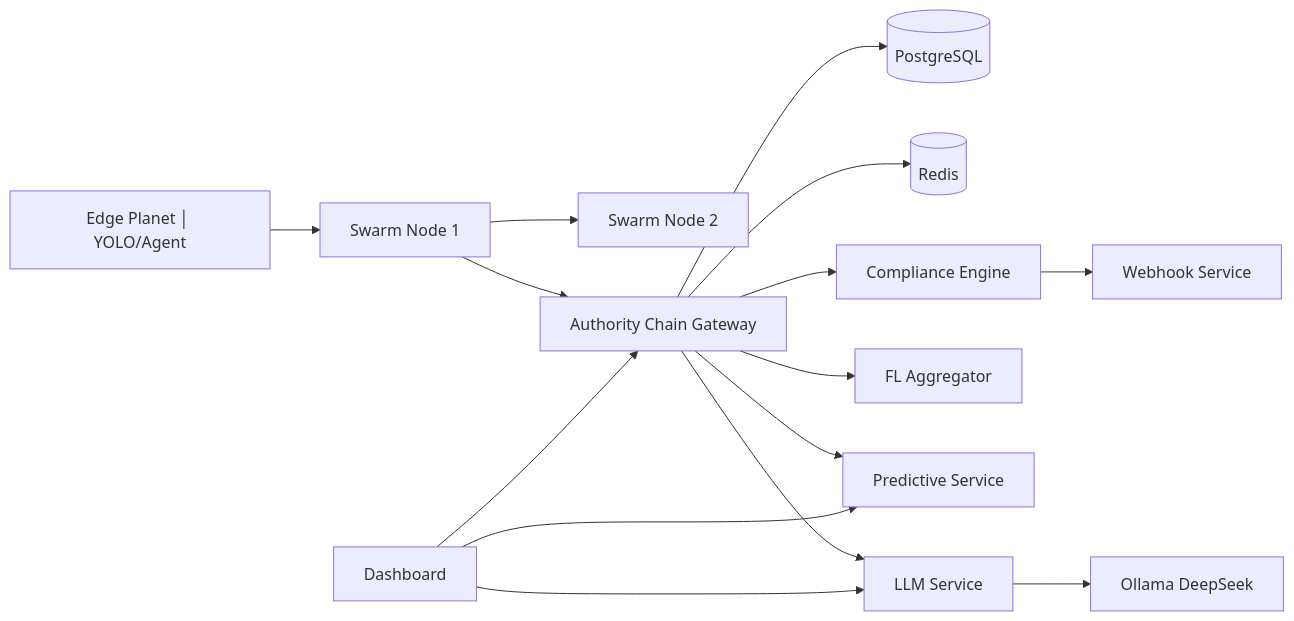
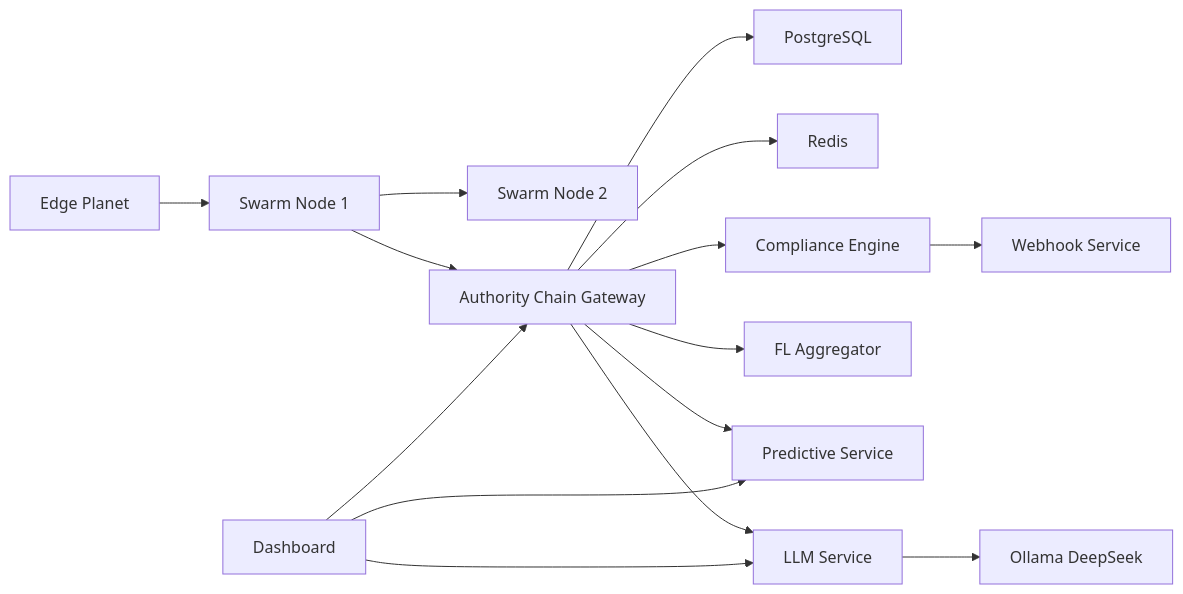
Before and after one commit to honeyamn10-source/galaxy_mvp: the diagram in README.md, drawn with Mermaid.

Commit message:
docs: drop box-drawing chars from README architecture diagram for Mermaid compatibility

````diff
--- a/README.md
+++ b/README.md
@@ -39,17 +39,17 @@
 ```mermaid
 flowchart LR
-  EP[Edge Planet │ YOLO/Agent] --> SN1[Swarm Node 1]
+  EP[Edge Planet] --> SN1[Swarm Node 1]
   SN1 --> SN2[Swarm Node 2]
   SN1 --> AC[Authority Chain Gateway]
-  AC --> DB[(PostgreSQL)]
-  AC --> RD[(Redis)]
+  AC --> DB[PostgreSQL]
+  AC --> RD[Redis]
   AC --> CE[Compliance Engine]
   CE --> WS[Webhook Service]
   AC --> FL[FL Aggregator]
   AC --> PR[Predictive Service]
   AC --> LLM[LLM Service]
   LLM --> OLL[Ollama DeepSeek]
   FE[Dashboard] --> AC
   FE --> PR
   FE --> LLM
 ```
````
